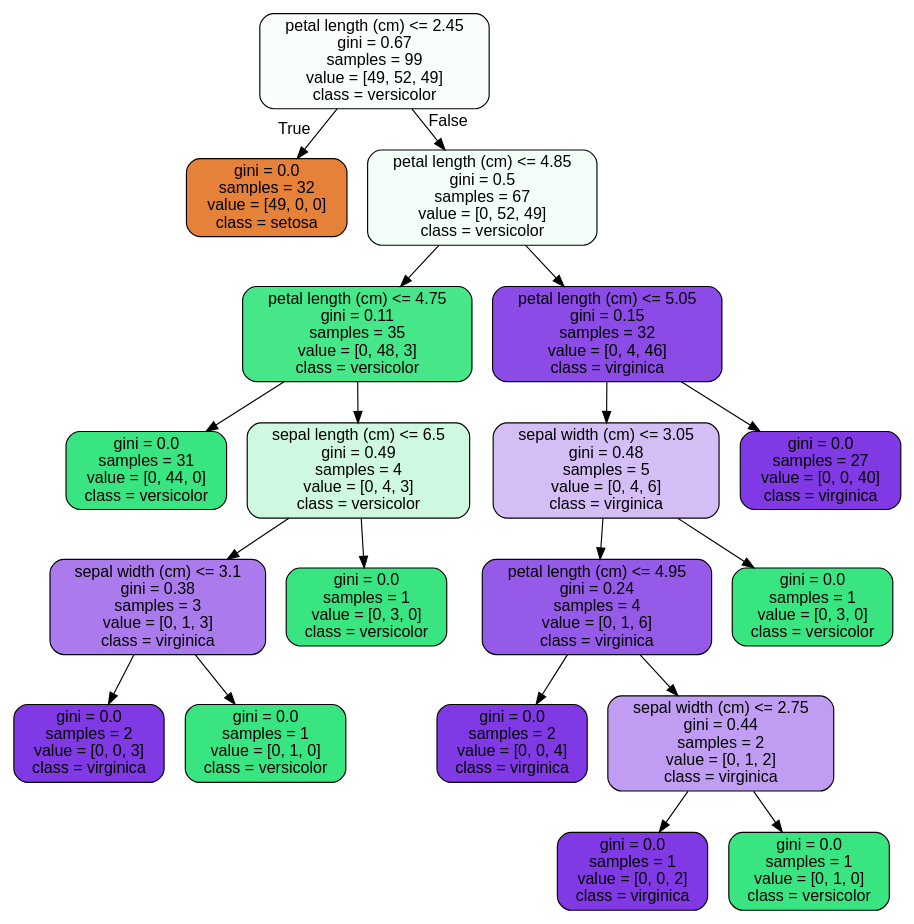
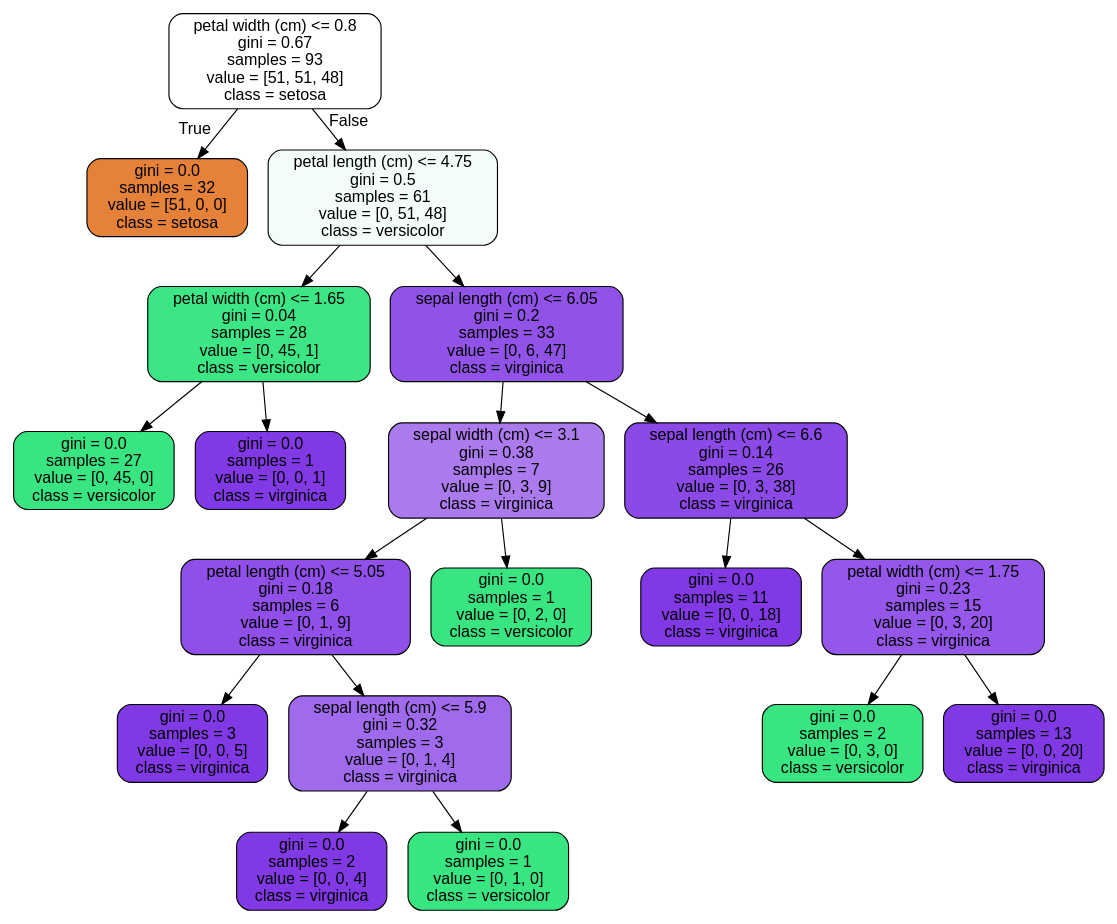
Before and after one commit to Br111t/springboard: the diagram in Random_Forest_casestudy_covid19/tree.dot, drawn with Graphviz. The commit also changed 3 other files, not shown here.

```diff
--- a/Random_Forest_casestudy_covid19/tree.dot
+++ b/Random_Forest_casestudy_covid19/tree.dot
@@ -1,41 +1,41 @@
 digraph Tree {
 node [shape=box, style="filled, rounded", color="black", fontname=helvetica] ;
 edge [fontname=helvetica] ;
-0 [label="petal length (cm) <= 2.45\ngini = 0.67\nsamples = 99\nvalue = [49, 52, 49]\nclass = versicolor", fillcolor="#f9fefb"] ;
-1 [label="gini = 0.0\nsamples = 32\nvalue = [49, 0, 0]\nclass = setosa", fillcolor="#e58139"] ;
+0 [label="petal width (cm) <= 0.8\ngini = 0.67\nsamples = 93\nvalue = [51, 51, 48]\nclass = setosa", fillcolor="#ffffff"] ;
+1 [label="gini = 0.0\nsamples = 32\nvalue = [51, 0, 0]\nclass = setosa", fillcolor="#e58139"] ;
 0 -> 1 [labeldistance=2.5, labelangle=45, headlabel="True"] ;
-2 [label="petal length (cm) <= 4.85\ngini = 0.5\nsamples = 67\nvalue = [0, 52, 49]\nclass = versicolor", fillcolor="#f4fef8"] ;
+2 [label="petal length (cm) <= 4.75\ngini = 0.5\nsamples = 61\nvalue = [0, 51, 48]\nclass = versicolor", fillcolor="#f3fdf8"] ;
 0 -> 2 [labeldistance=2.5, labelangle=-45, headlabel="False"] ;
-3 [label="petal length (cm) <= 4.75\ngini = 0.11\nsamples = 35\nvalue = [0, 48, 3]\nclass = versicolor", fillcolor="#45e789"] ;
+3 [label="petal width (cm) <= 1.65\ngini = 0.04\nsamples = 28\nvalue = [0, 45, 1]\nclass = versicolor", fillcolor="#3de684"] ;
 2 -> 3 ;
-4 [label="gini = 0.0\nsamples = 31\nvalue = [0, 44, 0]\nclass = versicolor", fillcolor="#39e581"] ;
+4 [label="gini = 0.0\nsamples = 27\nvalue = [0, 45, 0]\nclass = versicolor", fillcolor="#39e581"] ;
 3 -> 4 ;
-5 [label="sepal length (cm) <= 6.5\ngini = 0.49\nsamples = 4\nvalue = [0, 4, 3]\nclass = versicolor", fillcolor="#cef8e0"] ;
+5 [label="gini = 0.0\nsamples = 1\nvalue = [0, 0, 1]\nclass = virginica", fillcolor="#8139e5"] ;
 3 -> 5 ;
-6 [label="sepal width (cm) <= 3.1\ngini = 0.38\nsamples = 3\nvalue = [0, 1, 3]\nclass = virginica", fillcolor="#ab7bee"] ;
-5 -> 6 ;
-7 [label="gini = 0.0\nsamples = 2\nvalue = [0, 0, 3]\nclass = virginica", fillcolor="#8139e5"] ;
+6 [label="sepal length (cm) <= 6.05\ngini = 0.2\nsamples = 33\nvalue = [0, 6, 47]\nclass = virginica", fillcolor="#9152e8"] ;
+2 -> 6 ;
+7 [label="sepal width (cm) <= 3.1\ngini = 0.38\nsamples = 7\nvalue = [0, 3, 9]\nclass = virginica", fillcolor="#ab7bee"] ;
 6 -> 7 ;
-8 [label="gini = 0.0\nsamples = 1\nvalue = [0, 1, 0]\nclass = versicolor", fillcolor="#39e581"] ;
-6 -> 8 ;
-9 [label="gini = 0.0\nsamples = 1\nvalue = [0, 3, 0]\nclass = versicolor", fillcolor="#39e581"] ;
-5 -> 9 ;
-10 [label="petal length (cm) <= 5.05\ngini = 0.15\nsamples = 32\nvalue = [0, 4, 46]\nclass = virginica", fillcolor="#8c4ae7"] ;
-2 -> 10 ;
-11 [label="sepal width (cm) <= 3.05\ngini = 0.48\nsamples = 5\nvalue = [0, 4, 6]\nclass = virginica", fillcolor="#d5bdf6"] ;
+8 [label="petal length (cm) <= 5.05\ngini = 0.18\nsamples = 6\nvalue = [0, 1, 9]\nclass = virginica", fillcolor="#8f4fe8"] ;
+7 -> 8 ;
+9 [label="gini = 0.0\nsamples = 3\nvalue = [0, 0, 5]\nclass = virginica", fillcolor="#8139e5"] ;
+8 -> 9 ;
+10 [label="sepal length (cm) <= 5.9\ngini = 0.32\nsamples = 3\nvalue = [0, 1, 4]\nclass = virginica", fillcolor="#a06aec"] ;
+8 -> 10 ;
+11 [label="gini = 0.0\nsamples = 2\nvalue = [0, 0, 4]\nclass = virginica", fillcolor="#8139e5"] ;
 10 -> 11 ;
-12 [label="petal length (cm) <= 4.95\ngini = 0.24\nsamples = 4\nvalue = [0, 1, 6]\nclass = virginica", fillcolor="#965ae9"] ;
-11 -> 12 ;
-13 [label="gini = 0.0\nsamples = 2\nvalue = [0, 0, 4]\nclass = virginica", fillcolor="#8139e5"] ;
-12 -> 13 ;
-14 [label="sepal width (cm) <= 2.75\ngini = 0.44\nsamples = 2\nvalue = [0, 1, 2]\nclass = virginica", fillcolor="#c09cf2"] ;
-12 -> 14 ;
-15 [label="gini = 0.0\nsamples = 1\nvalue = [0, 0, 2]\nclass = virginica", fillcolor="#8139e5"] ;
+12 [label="gini = 0.0\nsamples = 1\nvalue = [0, 1, 0]\nclass = versicolor", fillcolor="#39e581"] ;
+10 -> 12 ;
+13 [label="gini = 0.0\nsamples = 1\nvalue = [0, 2, 0]\nclass = versicolor", fillcolor="#39e581"] ;
+7 -> 13 ;
+14 [label="sepal length (cm) <= 6.6\ngini = 0.14\nsamples = 26\nvalue = [0, 3, 38]\nclass = virginica", fillcolor="#8b49e7"] ;
+6 -> 14 ;
+15 [label="gini = 0.0\nsamples = 11\nvalue = [0, 0, 18]\nclass = virginica", fillcolor="#8139e5"] ;
 14 -> 15 ;
-16 [label="gini = 0.0\nsamples = 1\nvalue = [0, 1, 0]\nclass = versicolor", fillcolor="#39e581"] ;
+16 [label="petal width (cm) <= 1.75\ngini = 0.23\nsamples = 15\nvalue = [0, 3, 20]\nclass = virginica", fillcolor="#9457e9"] ;
 14 -> 16 ;
-17 [label="gini = 0.0\nsamples = 1\nvalue = [0, 3, 0]\nclass = versicolor", fillcolor="#39e581"] ;
-11 -> 17 ;
-18 [label="gini = 0.0\nsamples = 27\nvalue = [0, 0, 40]\nclass = virginica", fillcolor="#8139e5"] ;
-10 -> 18 ;
+17 [label="gini = 0.0\nsamples = 2\nvalue = [0, 3, 0]\nclass = versicolor", fillcolor="#39e581"] ;
+16 -> 17 ;
+18 [label="gini = 0.0\nsamples = 13\nvalue = [0, 0, 20]\nclass = virginica", fillcolor="#8139e5"] ;
+16 -> 18 ;
 }
```
